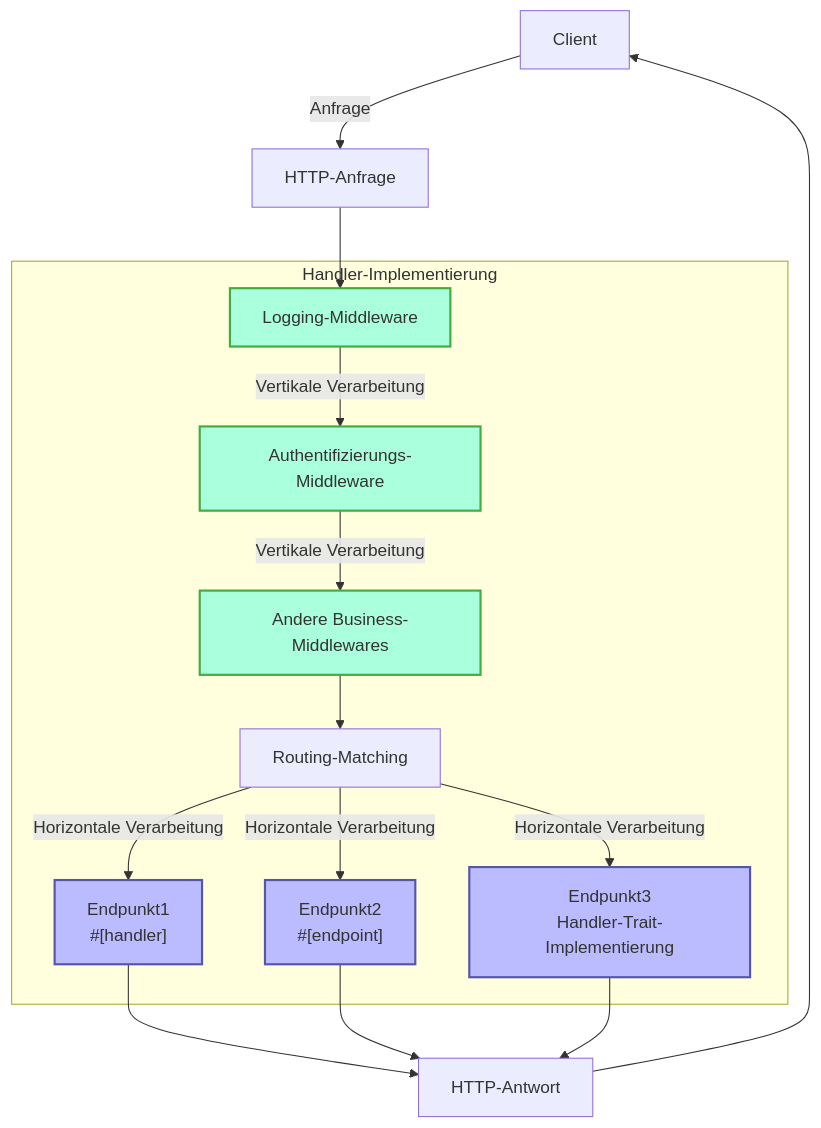
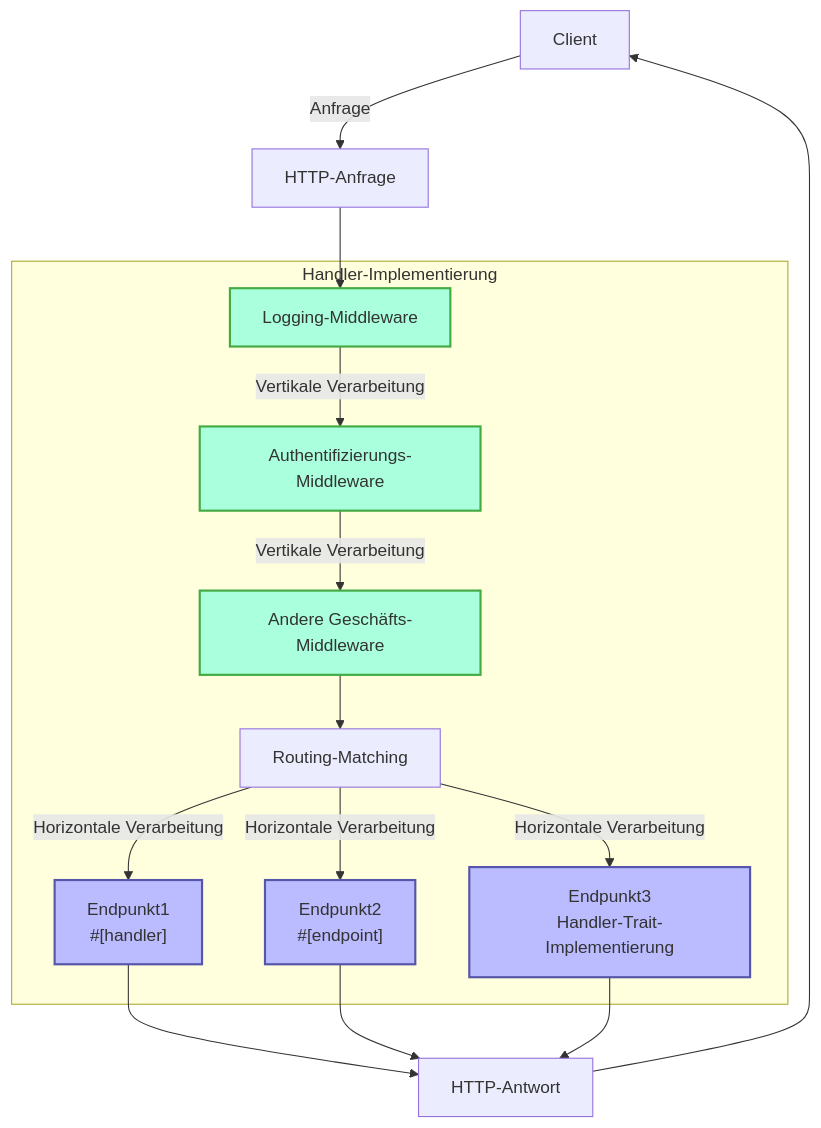
Before and after one commit to salvo-rs/website: the first of 2 diagrams in docs/de/guide/concepts/handler.mdx, drawn with Mermaid. The commit also changed other lines of this file and 1062 other files, not shown here.

````diff
--- a/docs/de/guide/concepts/handler.mdx
+++ b/docs/de/guide/concepts/handler.mdx
@@ -15,25 +15,25 @@
 ```mermaid
 flowchart TD
     Client[Client] -->|Anfrage| Request[HTTP-Anfrage]
     Request --> M1
 
     subgraph "Handler-Implementierung"
-        M1[Logging-Middleware] -->|Vertikale Verarbeitung| M2[Authentifizierungs-Middleware] -->|Vertikale Verarbeitung| M3[Andere Business-Middlewares]
+        M1[Logging-Middleware] -->|Vertikale Verarbeitung| M2[Authentifizierungs-Middleware] -->|Vertikale Verarbeitung| M3[Andere Geschäfts-Middleware]
         M3 --> Router[Routing-Matching]
 
         Router -->|Horizontale Verarbeitung| E1["Endpunkt1<br>#[handler]"]
         Router -->|Horizontale Verarbeitung| E2["Endpunkt2<br>#[endpoint]"]
         Router -->|Horizontale Verarbeitung| E3["Endpunkt3<br>Handler-Trait-Implementierung"]
     end
 
     E1 --> Response[HTTP-Antwort]
     E2 --> Response
     E3 --> Response
     Response --> Client
 
     classDef middleware fill:#afd,stroke:#4a4,stroke-width:2px;
     classDef endpoint fill:#bbf,stroke:#55a,stroke-width:2px;
 
     class M1,M2,M3 middleware;
     class E1,E2,E3 endpoint;
 ```
````
